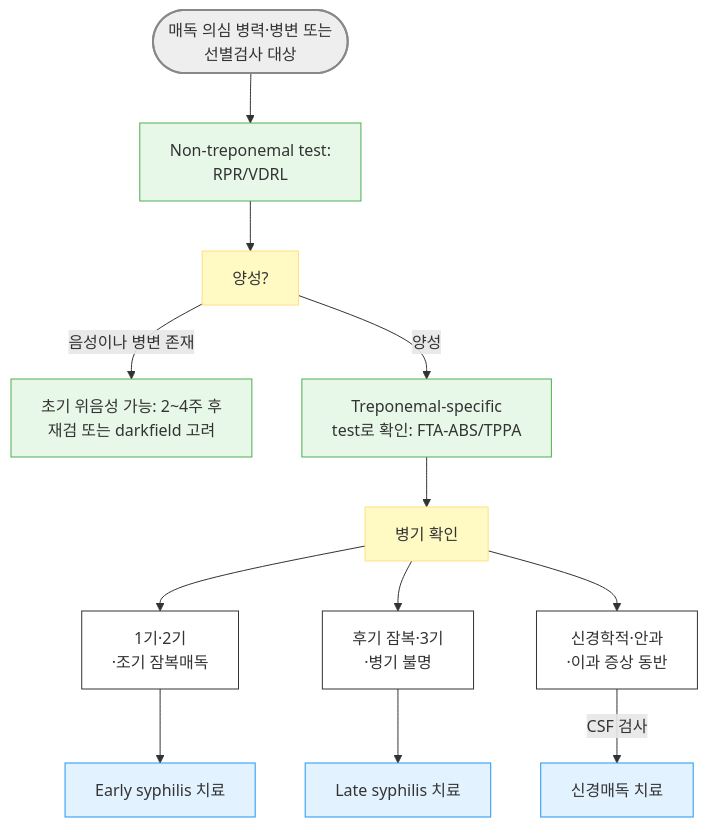
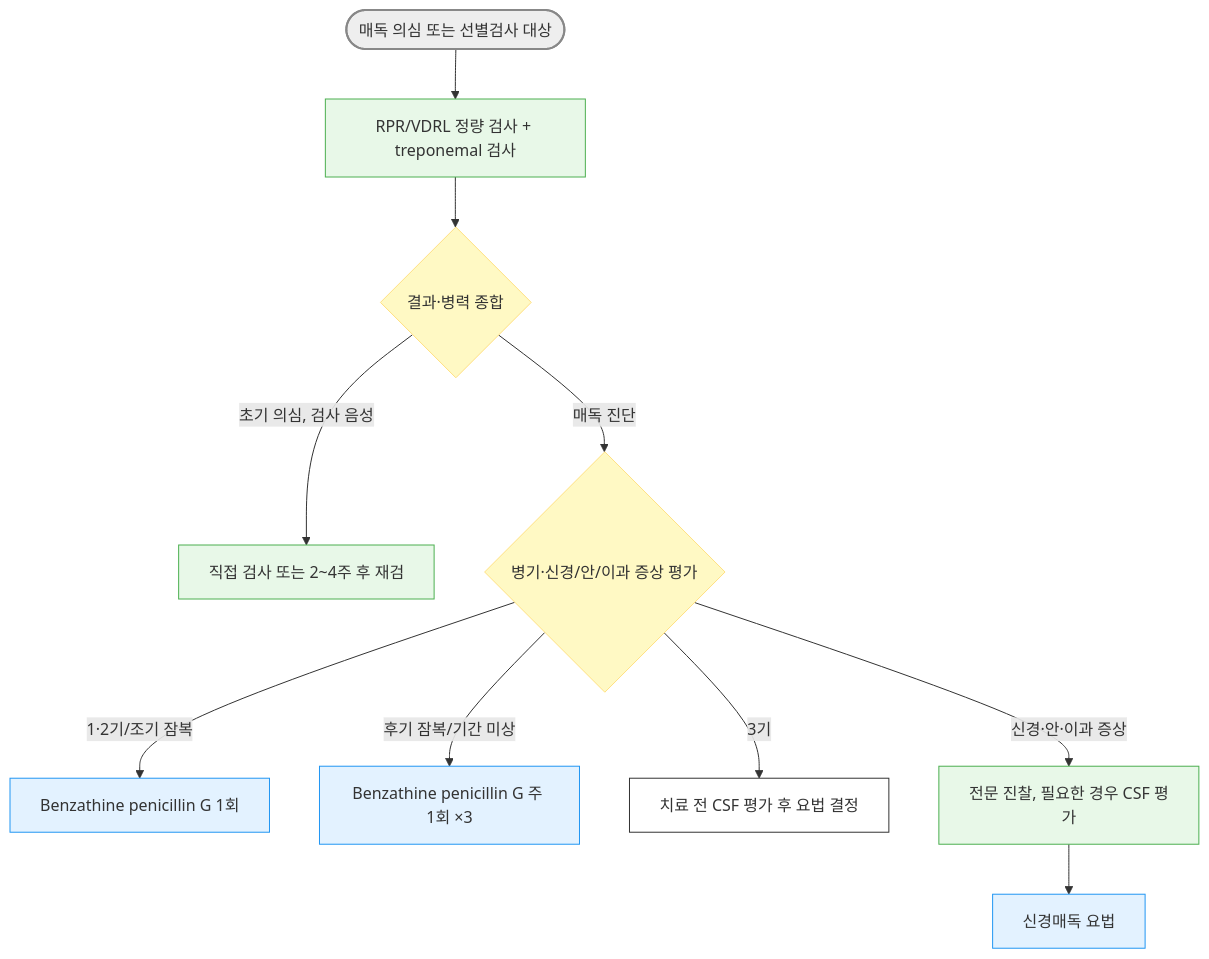
One commit to familyoh77/familyoh77 changed the diagram in 227_/115_-3.syphilis.md. Above: the diagram before and after it, drawn with Mermaid. The commit also changed other lines of this file and 3 other files, not shown here.

````diff
--- a/227_/115_-3.syphilis.md
+++ b/227_/115_-3.syphilis.md
@@ -157,22 +155,22 @@
 ```mermaid
 graph TD
-    A([매독 의심 병력·병변 또는 <br/>선별검사 대상]) 
---> B[Non-treponemal test:<br/>RPR/VDRL]
-    B --> C[양성?]
-    C -->|음성이나 병변 존재| D[초기 위음성 가능: 2~4주 후 <br/>재검 또는 darkfield 고려]
-    C -->|양성| E[Treponemal-specific <br/> test로 확인: FTA-ABS/TPPA]
-    E --> F[병기 확인]
-    F --> F1[1기·2기<br/>·조기 잠복매독] --> G[Early syphilis 치료]
-    F -->F2[후기 잠복·3기<br/>·병기 불명] --> H[Late syphilis 치료]
-    F -->F3[신경학적·안과<br/>·이과 증상 동반] -- CSF 검사 --> I[신경매독 치료]
+    A(["매독 의심 또는 선별검사 대상"]) --> B["RPR/VDRL 정량 검사 + treponemal 검사"]
+    B --> C{"결과·병력 종합"}
+    C -->|"초기 의심, 검사 음성"| D["직접 검사 또는 2~4주 후 재검"]
+    C -->|"매독 진단"| F{"병기·신경/안/이과 증상 평가"}
+    F -->|"1·2기/조기 잠복"| G["Benzathine penicillin G 1회"]
+    F -->|"후기 잠복/기간 미상"| H["Benzathine penicillin G 주 1회 ×3"]
+    F -->|"3기"| T["치료 전 CSF 평가 후 요법 결정"]
+    F -->|"신경·안·이과 증상"| I["전문 진찰, 필요한 경우 CSF 평가"]
+    I --> J["신경매독 요법"]
 
 style A fill:#eeeeee,stroke:#888888,stroke-width:2px
 classDef yellow fill:#fff9c4,stroke:#ffe082
 class C,F yellow
 classDef white fill:#fff,stroke:#333
-class F1,F2,F3 white
+class T white
 classDef sky fill:#e3f2ff,stroke:#2196f3
-class G,H,I sky
+class G,H,J sky
 classDef lightGreen fill:#e8f8e8,stroke:#4caf50
-class B,D,E lightGreen
+class B,D,I lightGreen
 ```
````
